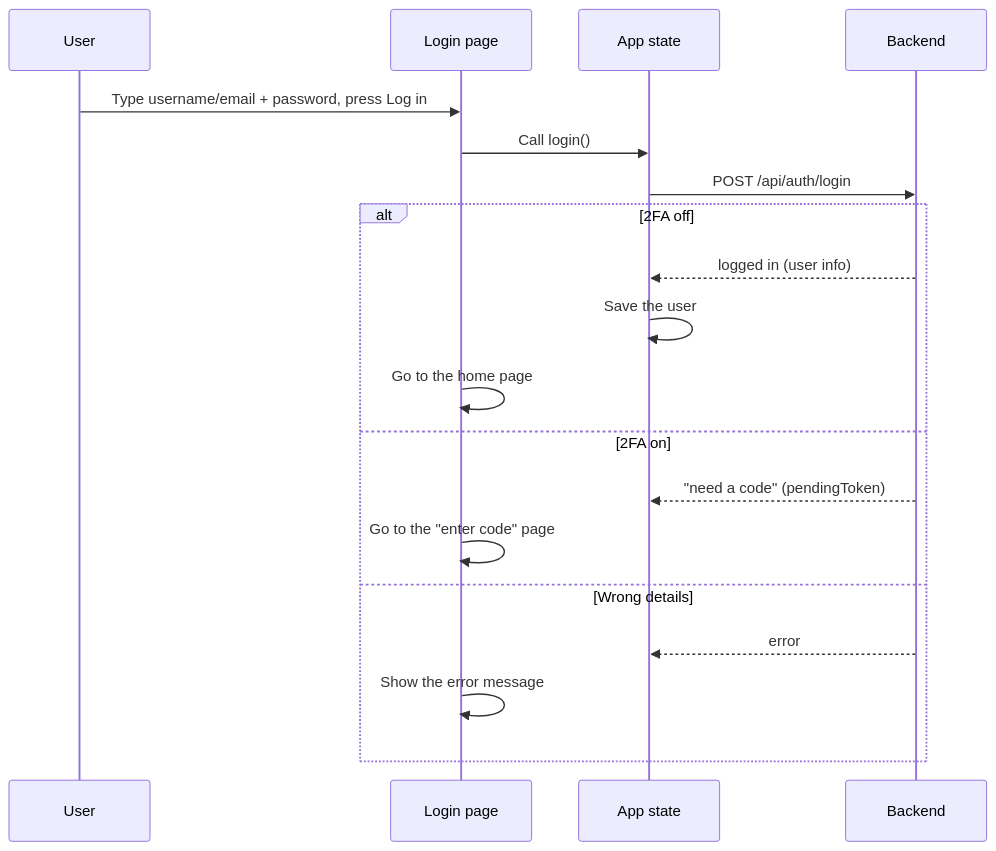
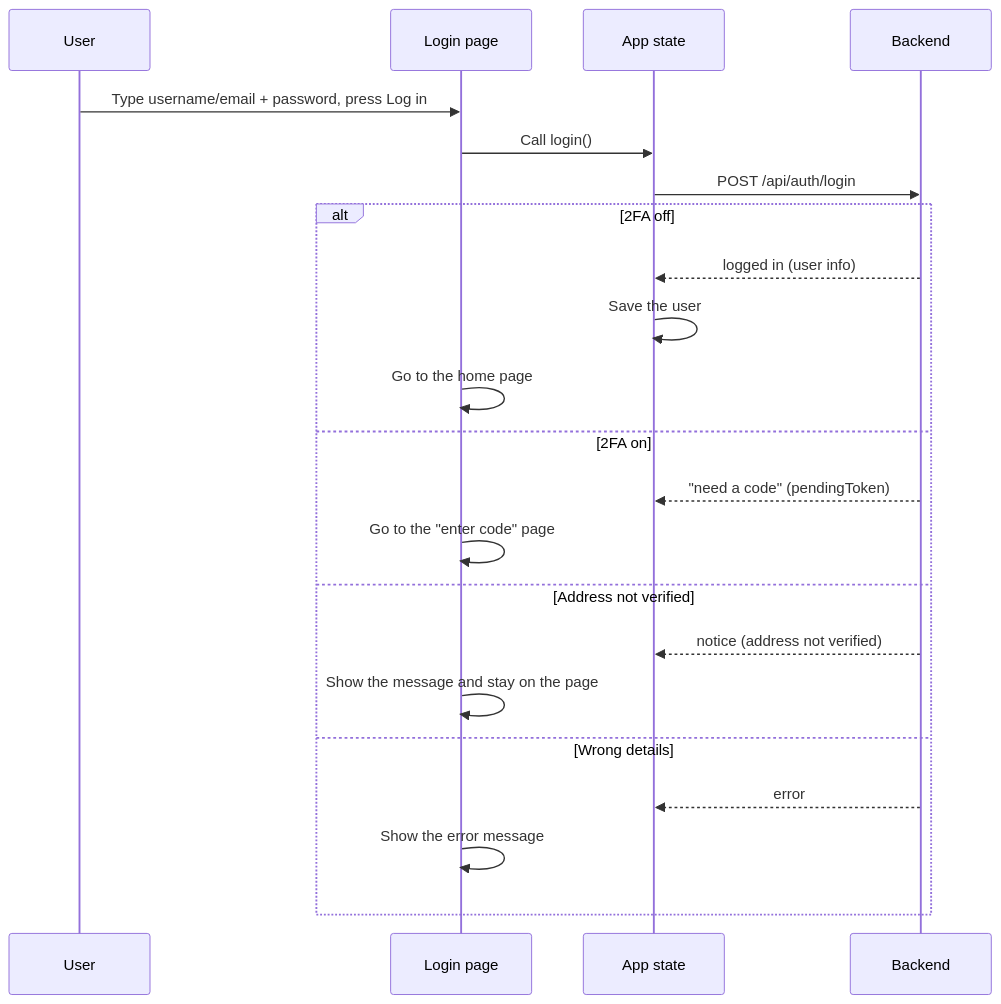
Before and after one commit to J00ZzZ/ft_transcendence: the first of 3 diagrams in docs/frontend/frontend-auth-pages-module.md, drawn with Mermaid. The commit also changed other lines of this file and 13 other files, not shown here.

Commit message:
Hotfix: Fixed issue where emailVerified was not checked. Fixed issue where agreement checkbox was a dummy. Added links to Terms of Service and Privacy docs in the Sign Up page.

````diff
--- a/docs/frontend/frontend-auth-pages-module.md
+++ b/docs/frontend/frontend-auth-pages-module.md
@@ -89,22 +92,25 @@
 ```mermaid
 sequenceDiagram
     participant User
     participant Login as Login page
     participant Store as App state
     participant API as Backend
 
     User->>Login: Type username/email + password, press Log in
     Login->>Store: Call login()
     Store->>API: POST /api/auth/login
     alt 2FA off
         API-->>Store: logged in (user info)
         Store->>Store: Save the user
         Login->>Login: Go to the home page
     else 2FA on
         API-->>Store: "need a code" (pendingToken)
         Login->>Login: Go to the "enter code" page
+    else Address not verified
+        API-->>Store: notice (address not verified)
+        Login->>Login: Show the message and stay on the page
     else Wrong details
         API-->>Store: error
         Login->>Login: Show the error message
     end
 ```
````
